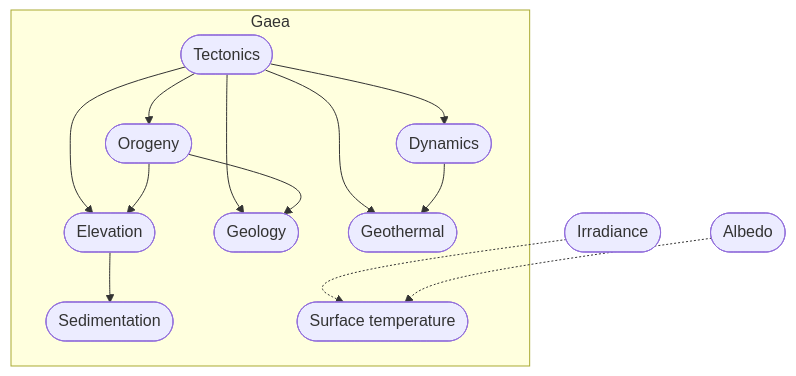
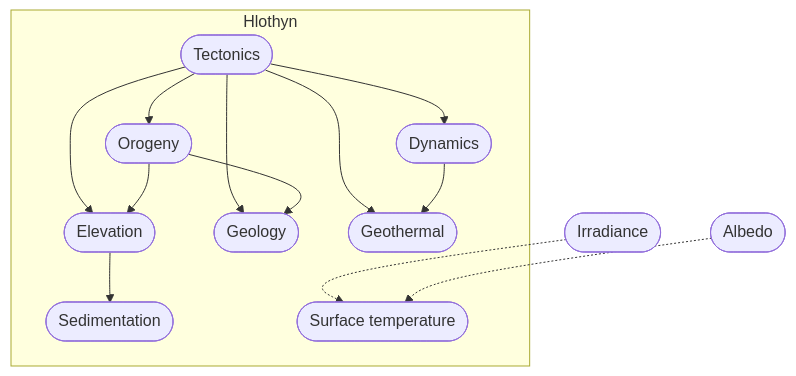
The third of 8 diagrams in docs/concerns.adoc (lagardej/mimameithr), drawn with Mermaid before and after one commit. The commit also changed other lines of this file and 3 other files, not shown here.

```diff
--- a/docs/concerns.adoc
+++ b/docs/concerns.adoc
@@ -181,29 +181,29 @@
 [mermaid]
 ....
 flowchart TB
-    subgraph Gaea
+    subgraph Hlothyn
         Tectonics([Tectonics])
         Orogeny([Orogeny])
         Elevation([Elevation])
         Dynamics([Dynamics])
         Sedimentation([Sedimentation])
         Geology([Geology])
         Geothermal([Geothermal])
         SurfaceTemperature([Surface temperature])
     end
 
     Irradiance([Irradiance])
     Albedo([Albedo])
 
     Tectonics --> Orogeny
     Tectonics --> Elevation
     Tectonics --> Dynamics
     Tectonics --> Geology
     Tectonics --> Geothermal
     Orogeny --> Elevation
     Orogeny --> Geology
     Dynamics --> Geothermal
     Elevation --> Sedimentation
     Irradiance -.-> SurfaceTemperature
     Albedo -.-> SurfaceTemperature
 ....
```
